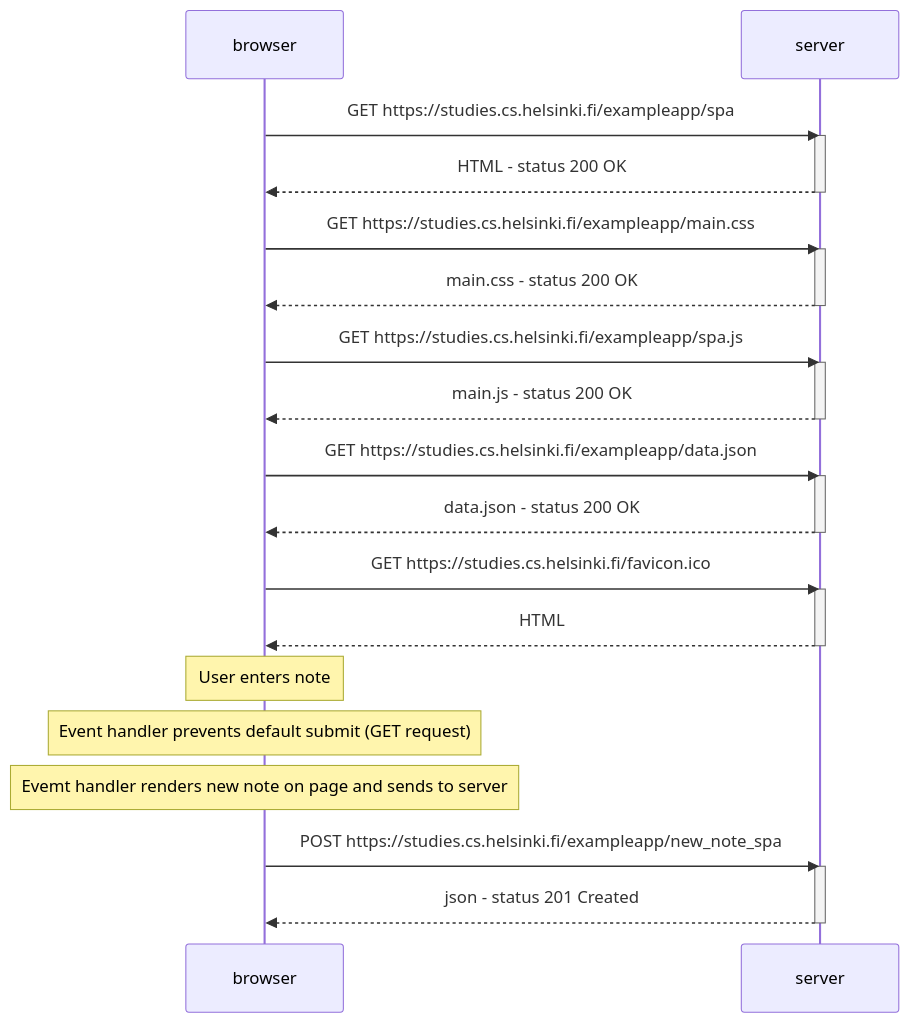
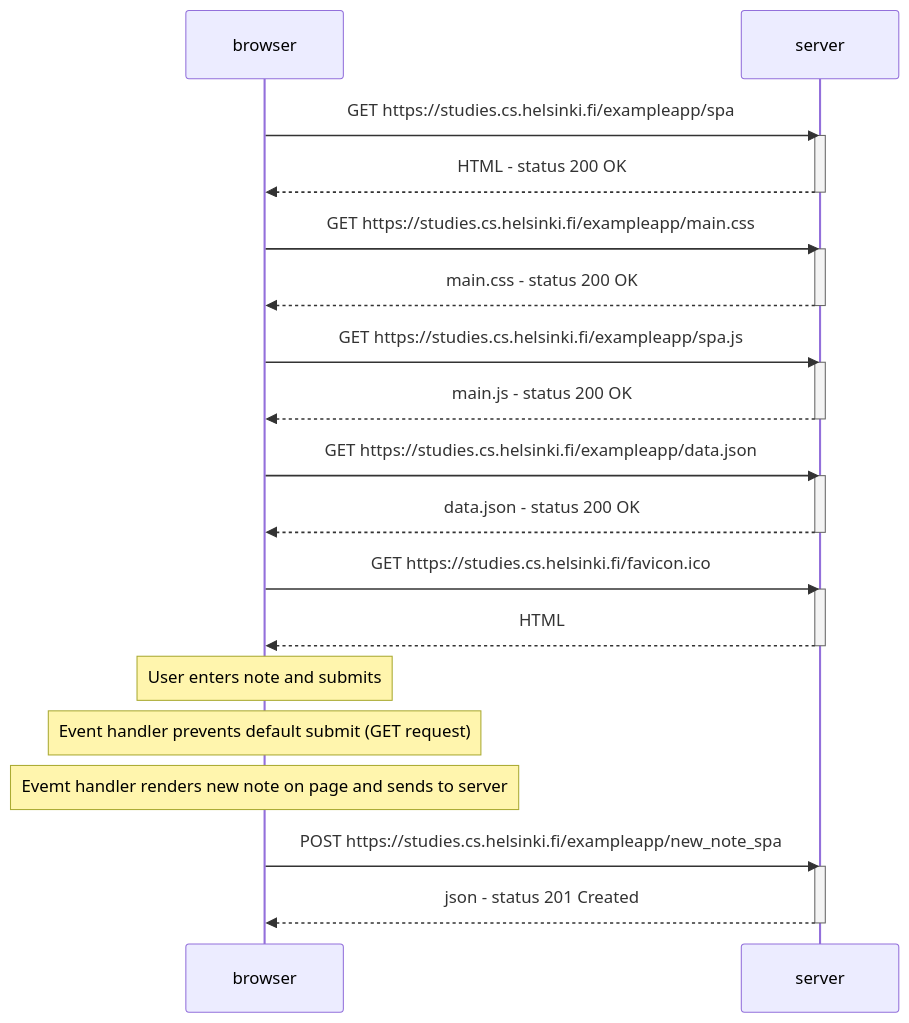
Before and after one commit to joekbullard/helsinki-mooc: the diagram in part0/0.6.md, drawn with Mermaid.

````diff
--- a/part0/0.6.md
+++ b/part0/0.6.md
@@ -1,42 +1,42 @@
 ```mermaid
 sequenceDiagram
     participant browser
     participant server
     
     browser->>server: GET https://studies.cs.helsinki.fi/exampleapp/spa
     activate server
     server-->>browser: HTML - status 200 OK
     deactivate server
     
     browser->>server: GET https://studies.cs.helsinki.fi/exampleapp/main.css
     activate server
     server-->>browser: main.css - status 200 OK
     deactivate server
 
     browser->>server: GET https://studies.cs.helsinki.fi/exampleapp/spa.js
     activate server
     server-->>browser: main.js - status 200 OK
     deactivate server
     
     browser->>server: GET https://studies.cs.helsinki.fi/exampleapp/data.json
     activate server
     server-->>browser: data.json - status 200 OK
     deactivate server
     
     browser->>server: GET https://studies.cs.helsinki.fi/favicon.ico
     activate server
     server-->>browser: HTML
     deactivate server
     
-    Note over browser: User enters note
+    Note over browser: User enters note and submits
     
     Note over browser: Event handler prevents default submit (GET request) 
     
     Note over browser: Evemt handler renders new note on page and sends to server
     
     browser->>server: POST https://studies.cs.helsinki.fi/exampleapp/new_note_spa
     activate server
     server-->>browser: json - status 201 Created
     deactivate server
 
 ```    
````
